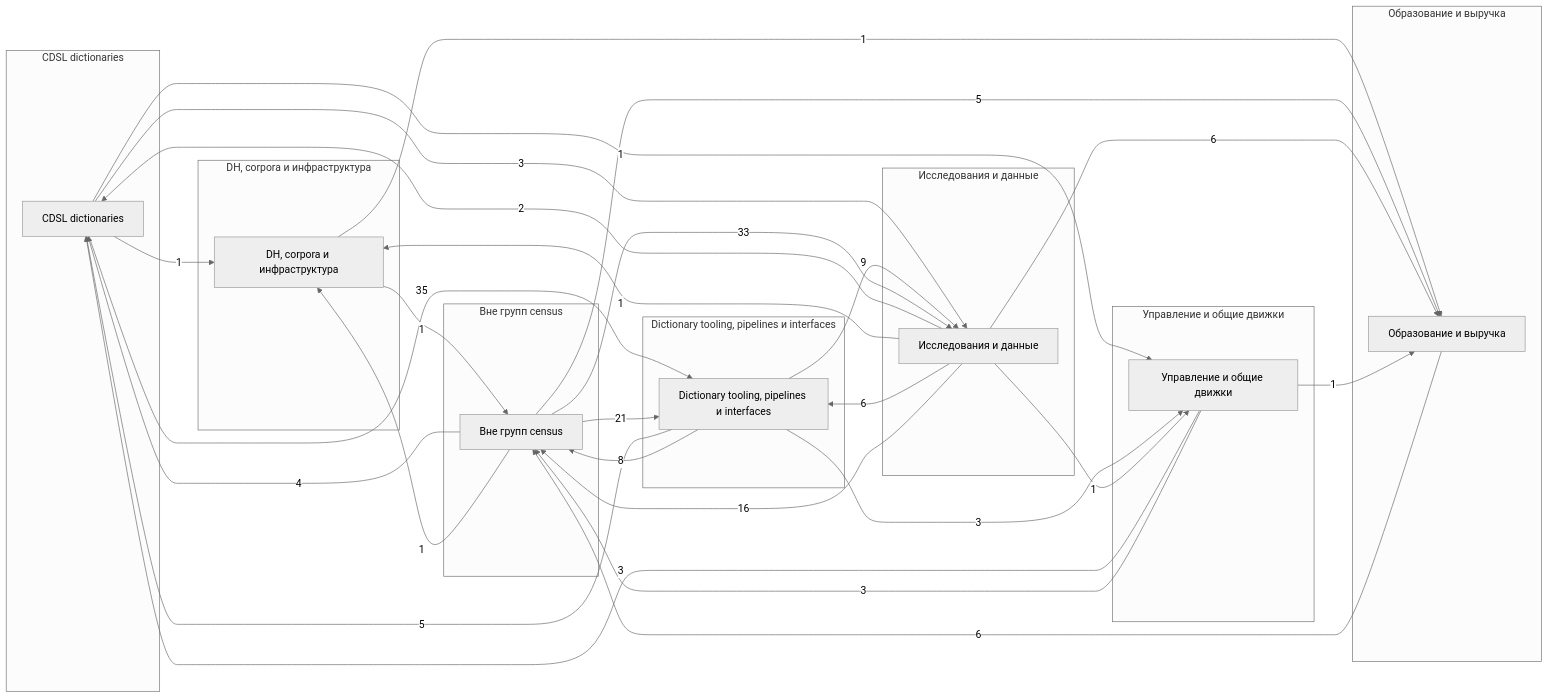
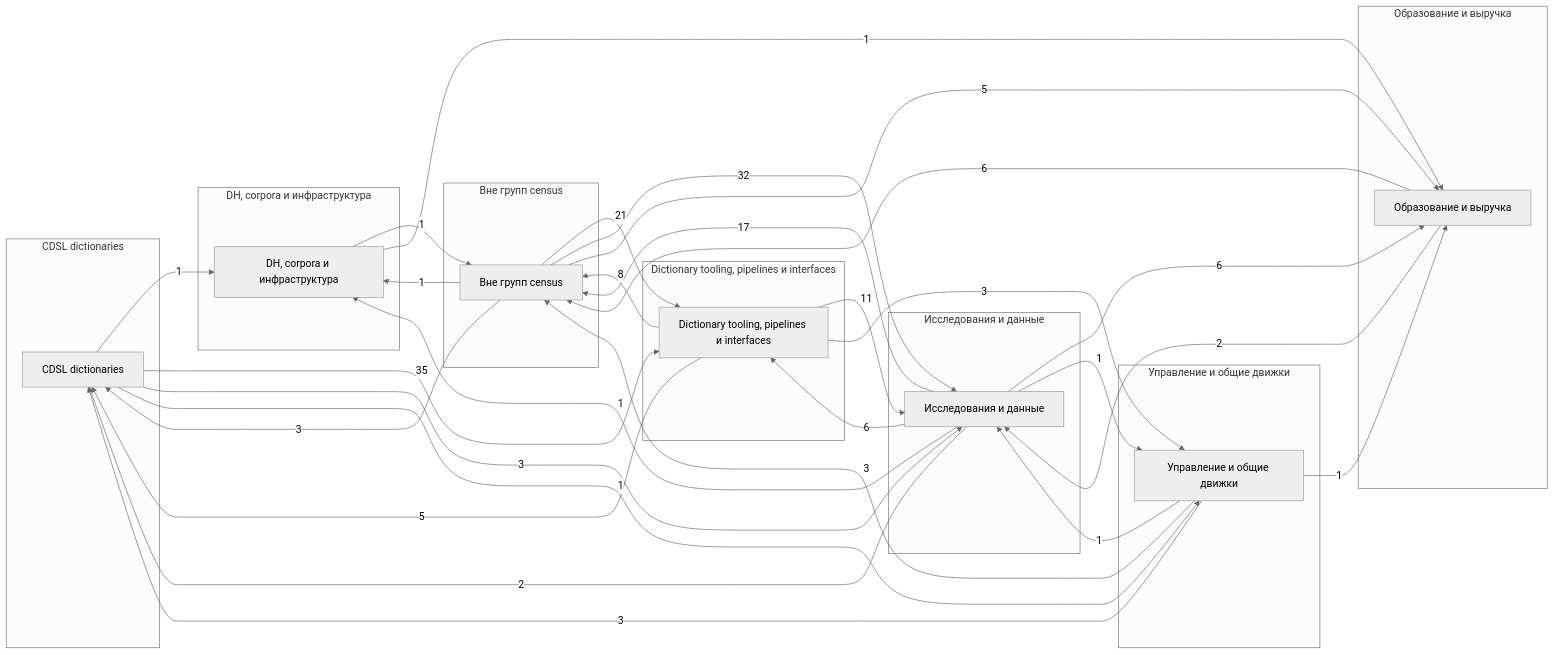
The second of 2 diagrams in sangram/atlas/dependencies.mdx (gasyoun/SanskritGrammar), drawn with Mermaid (neutral theme) before and after one commit. The commit also changed 2 other files, not shown here.

Commit message:
atlas: pwg-ru-data re-verified PRIVATE -> dropped from bundle (Q3 edges-audit follow-up); bundle absorbs the sixth failsweep-gate pass rows (kosha/changelog comma-cells), 193-row store, leakage=0

````diff
--- a/sangram/atlas/dependencies.mdx
+++ b/sangram/atlas/dependencies.mdx
@@ -63,50 +63,52 @@
 ```mermaid
 flowchart LR
   accTitle: Кластеризованный граф зависимостей репозиториев
   subgraph "CDSL dictionaries"
     c0["CDSL dictionaries"]
   end
   subgraph "DH, corpora и инфраструктура"
     c1["DH, corpora и инфраструктура"]
   end
   subgraph "Dictionary tooling, pipelines и interfaces"
     c2["Dictionary tooling, pipelines и interfaces"]
   end
   subgraph "Вне групп census"
     c3["Вне групп census"]
   end
   subgraph "Исследования и данные"
     c4["Исследования и данные"]
   end
   subgraph "Образование и выручка"
     c5["Образование и выручка"]
   end
   subgraph "Управление и общие движки"
     c6["Управление и общие движки"]
   end
   c0 -- "1" --> c1
   c0 -- "35" --> c2
   c0 -- "3" --> c4
   c0 -- "1" --> c6
   c1 -- "1" --> c3
   c1 -- "1" --> c5
   c2 -- "5" --> c0
   c2 -- "8" --> c3
-  c2 -- "9" --> c4
+  c2 -- "11" --> c4
   c2 -- "3" --> c6
-  c3 -- "4" --> c0
+  c3 -- "3" --> c0
   c3 -- "1" --> c1
   c3 -- "21" --> c2
-  c3 -- "33" --> c4
+  c3 -- "32" --> c4
   c3 -- "5" --> c5
   c4 -- "2" --> c0
   c4 -- "1" --> c1
   c4 -- "6" --> c2
-  c4 -- "16" --> c3
+  c4 -- "17" --> c3
   c4 -- "6" --> c5
   c4 -- "1" --> c6
   c5 -- "6" --> c3
+  c5 -- "2" --> c4
   c6 -- "3" --> c0
   c6 -- "3" --> c3
+  c6 -- "1" --> c4
   c6 -- "1" --> c5
 ```
````
